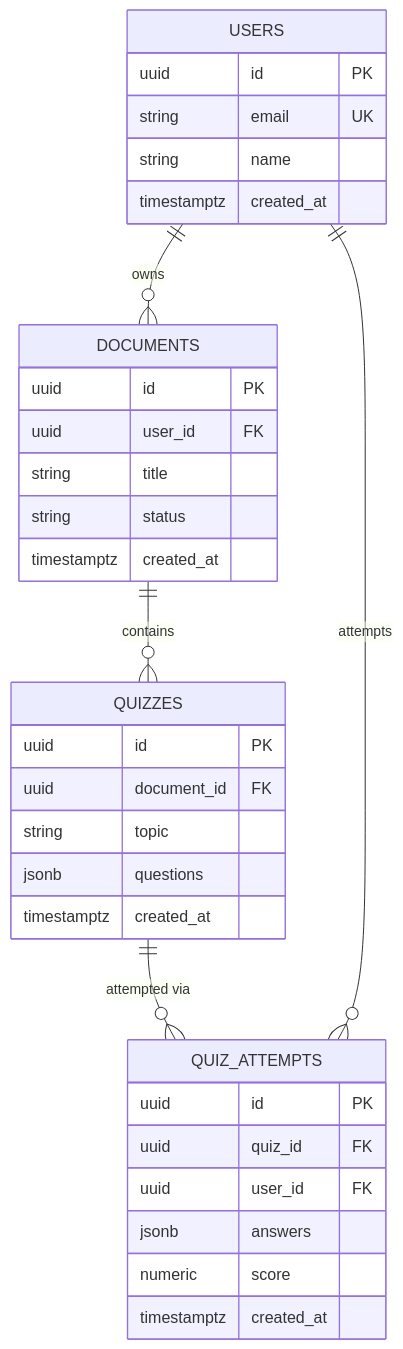
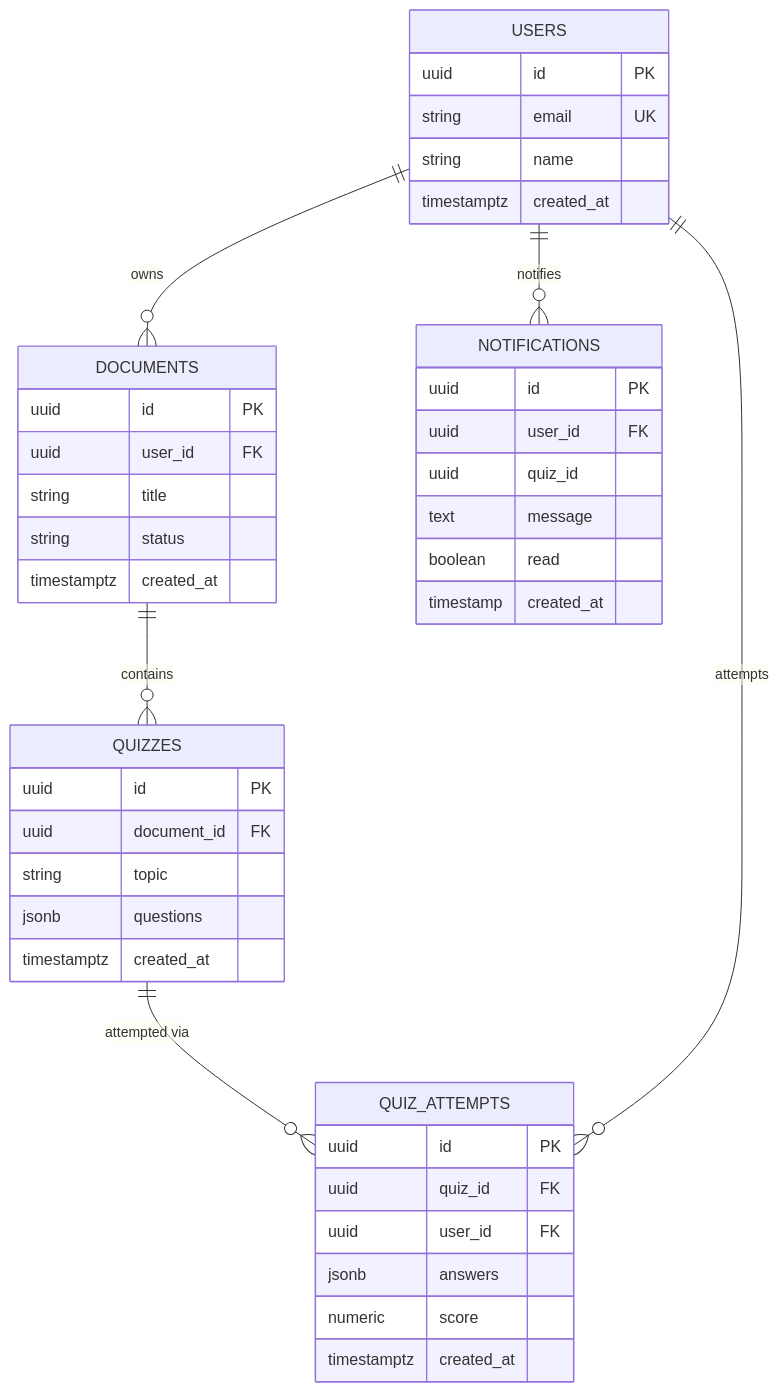
The second of 6 diagrams in docs/architecture.md (codeshivamsi-sketch/ai_study_assistant_edumind), drawn with Mermaid before and after one commit. The commit also changed other lines of this file and 4 other files, not shown here.

Commit message:
sync with AI dev workflow - only diagrams/no text for /arch & blast

````diff
--- a/docs/architecture.md
+++ b/docs/architecture.md
@@ -45,36 +57,45 @@
 ```mermaid
 erDiagram
     USERS ||--o{ DOCUMENTS : owns
     DOCUMENTS ||--o{ QUIZZES : contains
     QUIZZES ||--o{ QUIZ_ATTEMPTS : "attempted via"
     USERS ||--o{ QUIZ_ATTEMPTS : attempts
+    USERS ||--o{ NOTIFICATIONS : notifies
 
     USERS {
         uuid id PK
         string email UK
         string name
         timestamptz created_at
     }
     DOCUMENTS {
         uuid id PK
         uuid user_id FK
         string title
         string status
         timestamptz created_at
     }
     QUIZZES {
         uuid id PK
         uuid document_id FK
         string topic
         jsonb questions
         timestamptz created_at
     }
     QUIZ_ATTEMPTS {
         uuid id PK
         uuid quiz_id FK
         uuid user_id FK
         jsonb answers
         numeric score
         timestamptz created_at
     }
+    NOTIFICATIONS {
+        uuid id PK
+        uuid user_id FK
+        uuid quiz_id
+        text message
+        boolean read
+        timestamp created_at
+    }
 ```
````
